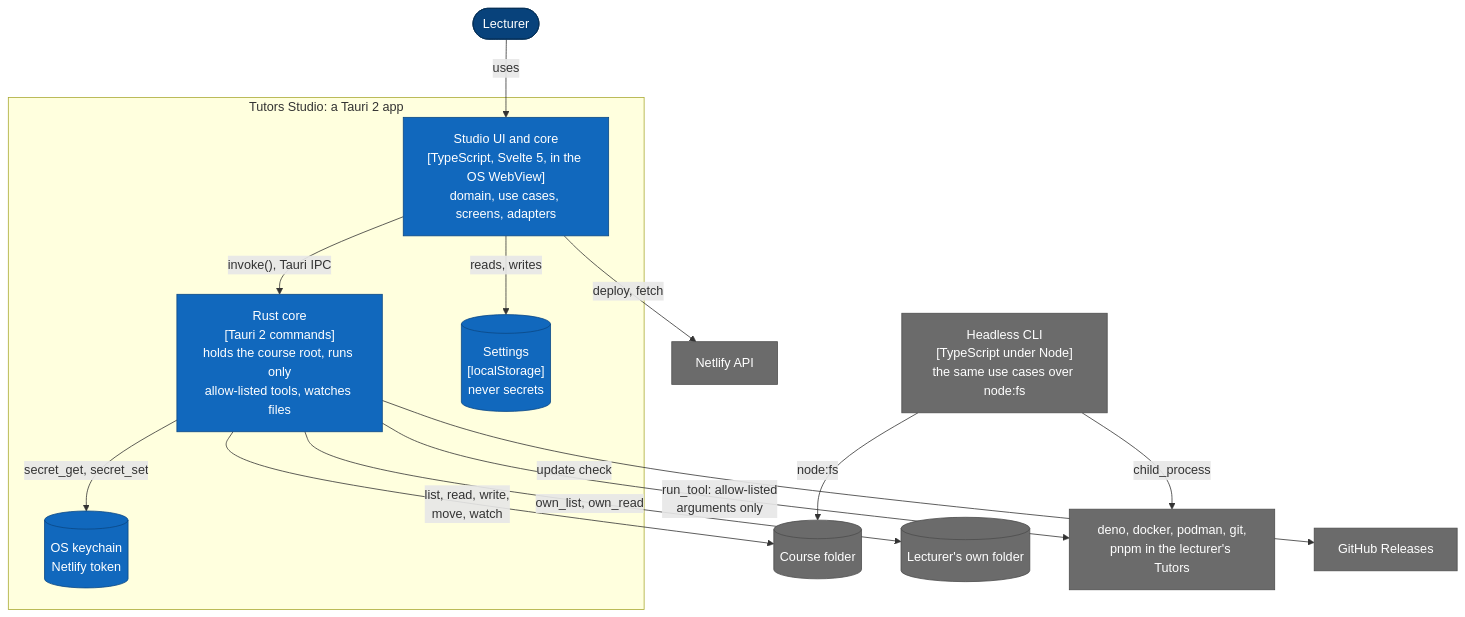
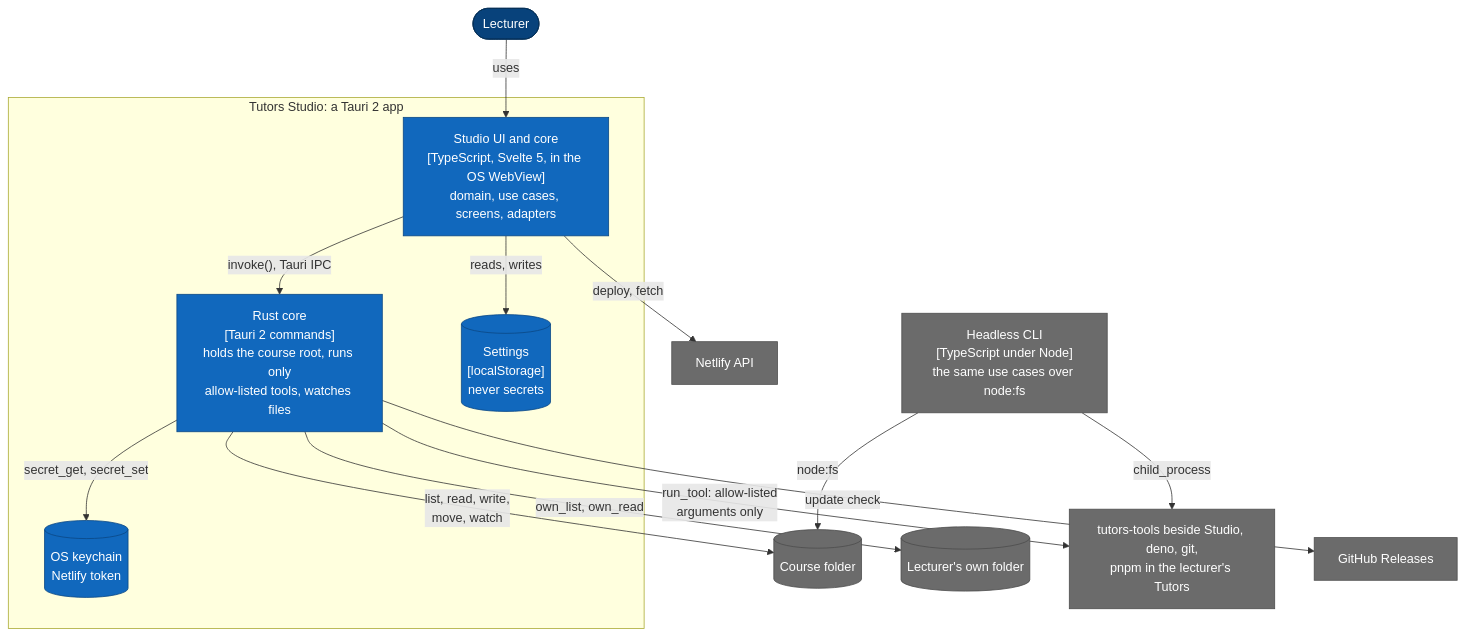
One commit to tutors-sdk/tutors-studio changed the second of 9 diagrams in docs/architecture.md. Above: the diagram before and after it, drawn with Mermaid. The commit also changed other lines of this file and 25 other files, not shown here.

First line of the commit message:
Build courses with the Tutors tools bundled beside Studio (B2)

````diff
--- a/docs/architecture.md
+++ b/docs/architecture.md
@@ -56,36 +56,36 @@
 ```mermaid
 flowchart TB
   %% C4 level 2, containers. Blue: inside Studio. Grey: outside it.
   lecturer(["Lecturer"])
   subgraph app["Tutors Studio: a Tauri 2 app"]
     webview["Studio UI and core<br/>[TypeScript, Svelte 5, in the OS WebView]<br/>domain, use cases, screens, adapters"]
     rust["Rust core<br/>[Tauri 2 commands]<br/>holds the course root, runs only<br/>allow-listed tools, watches files"]
     settings[("Settings<br/>[localStorage]<br/>never secrets")]
     keychain[("OS keychain<br/>Netlify token")]
   end
   headless["Headless CLI<br/>[TypeScript under Node]<br/>the same use cases over node:fs"]
   disk[("Course folder")]
   own[("Lecturer's own folder")]
-  tools["deno, docker, podman, git,<br/>pnpm in the lecturer's Tutors"]
+  tools["tutors-tools beside Studio, deno, git,<br/>pnpm in the lecturer's Tutors"]
   netlify["Netlify API"]
   releases["GitHub Releases"]
 
   lecturer -- "uses" --> webview
   webview -- "invoke(), Tauri IPC" --> rust
   webview -- "reads, writes" --> settings
   rust -- "secret_get, secret_set" --> keychain
   rust -- "list, read, write,<br/>move, watch" --> disk
   rust -- "own_list, own_read" --> own
   rust -- "run_tool: allow-listed<br/>arguments only" --> tools
   webview -- "deploy, fetch" --> netlify
   rust -- "update check" --> releases
   headless -- "node:fs" --> disk
   headless -- "child_process" --> tools
 
   classDef person fill:#08427b,stroke:#052e56,color:#fff
   classDef inside fill:#1168bd,stroke:#0b4884,color:#fff
   classDef outside fill:#6b6b6b,stroke:#4d4d4d,color:#fff
   class lecturer person
   class webview,rust,settings,keychain inside
   class headless,disk,own,tools,netlify,releases outside
 ```
````
